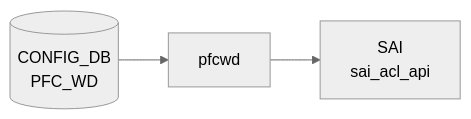
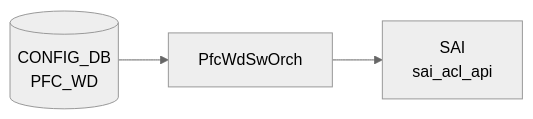
One commit to aoki-taquan/sonic-unofficial-docs changed the diagram in docs/reference/config-db/pfc-wd.md. Above: the diagram before and after it, drawn with Mermaid (neutral theme). The commit also changed 13 other files, not shown here.

````diff
--- a/docs/reference/config-db/pfc-wd.md
+++ b/docs/reference/config-db/pfc-wd.md
@@ -31,8 +31,8 @@
 ```mermaid
 flowchart LR
   CDB[("CONFIG_DB<br/>PFC_WD")]
-  DM["pfcwd"]
+  DM["PfcWdSwOrch"]
   CDB --> DM
   SAI["SAI<br/>sai_acl_api"]
   DM --> SAI
 ```
````
